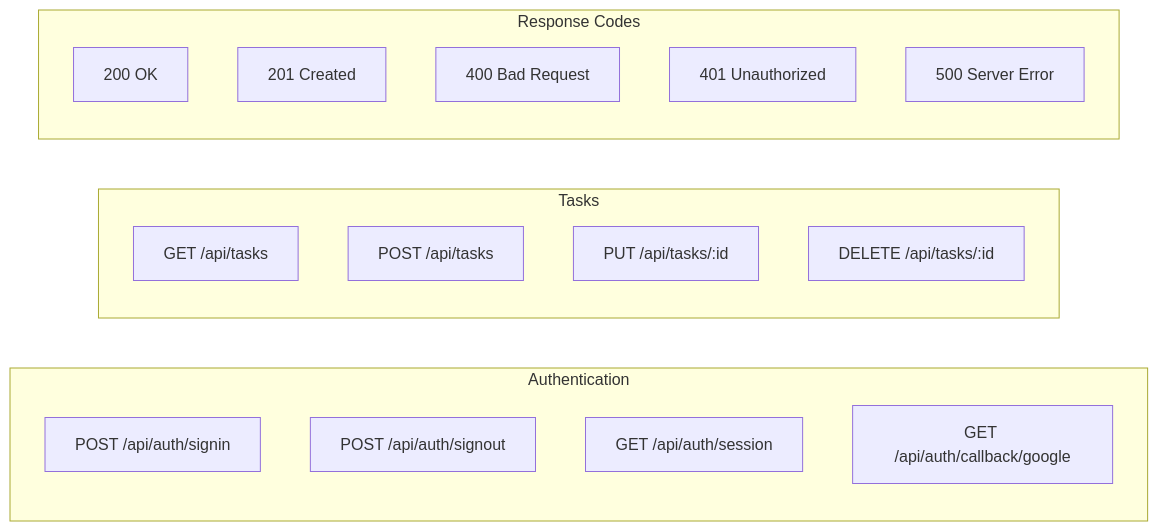
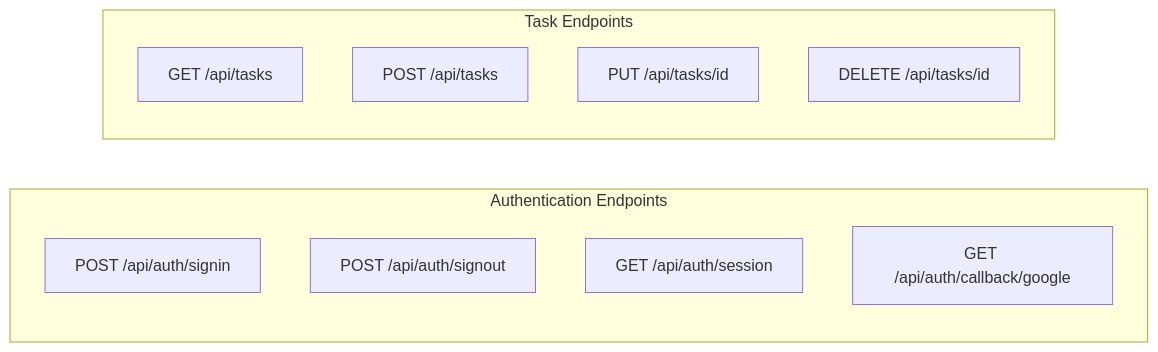
Diagram 12 of 24 in README.md (anshsharmacse/Real-time-Collaborative-Task-Manager), drawn with Mermaid before and after one commit. The commit also changed other lines of this file, not shown here.

````diff
--- a/README.md
+++ b/README.md
@@ -612,24 +480,16 @@
 ```mermaid
 graph LR
-    subgraph "Authentication"
+    subgraph Authentication Endpoints
         A1[POST /api/auth/signin]
         A2[POST /api/auth/signout]
         A3[GET /api/auth/session]
         A4[GET /api/auth/callback/google]
     end
     
-    subgraph "Tasks"
+    subgraph Task Endpoints
         T1[GET /api/tasks]
         T2[POST /api/tasks]
-        T3[PUT /api/tasks/:id]
-        T4[DELETE /api/tasks/:id]
-    end
-    
-    subgraph "Response Codes"
-        R1[200 OK]
-        R2[201 Created]
-        R3[400 Bad Request]
-        R4[401 Unauthorized]
-        R5[500 Server Error]
+        T3[PUT /api/tasks/id]
+        T4[DELETE /api/tasks/id]
     end
 ```
````
